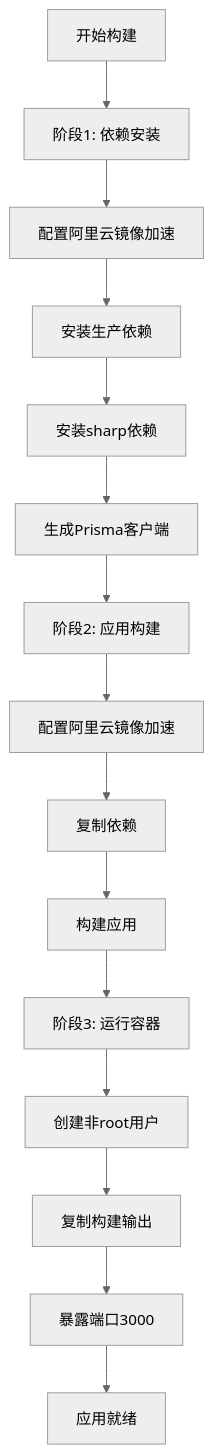
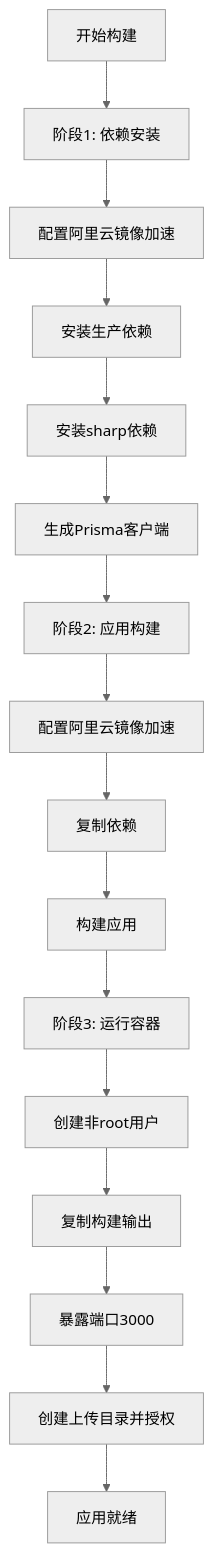
Before and after one commit to three3638-arch/celestia_2b: the sixth of 8 diagrams in .qoder/repowiki/zh/content/部署配置/Docker容器化部署.md, drawn with Mermaid (neutral theme). The commit also changed other lines of this file and 14 other files, not shown here.

````diff
--- a/.qoder/repowiki/zh/content/部署配置/Docker容器化部署.md
+++ b/.qoder/repowiki/zh/content/部署配置/Docker容器化部署.md
@@ -297,17 +301,18 @@
 ```mermaid
 flowchart TD
 START[开始构建] --> DEPS_STAGE[阶段1: 依赖安装]
 DEPS_STAGE --> ALIYUN_DEPS[配置阿里云镜像加速]
 ALIYUN_DEPS --> INSTALL_DEPS[安装生产依赖]
 INSTALL_DEPS --> SHARP[安装sharp依赖]
 SHARP --> PRISMA_GEN[生成Prisma客户端]
 PRISMA_GEN --> BUILDER_STAGE[阶段2: 应用构建]
 BUILDER_STAGE --> ALIYUN_BUILD[配置阿里云镜像加速]
 ALIYUN_BUILD --> COPY_DEPS[复制依赖]
 COPY_DEPS --> BUILD_APP[构建应用]
 BUILD_APP --> RUNNER_STAGE[阶段3: 运行容器]
 RUNNER_STAGE --> NON_ROOT[创建非root用户]
 NON_ROOT --> COPY_OUTPUT[复制构建输出]
 COPY_OUTPUT --> EXPOSE_PORT[暴露端口3000]
-EXPOSE_PORT --> READY[应用就绪]
+EXPOSE_PORT --> UPLOAD_DIR[创建上传目录并授权]
+UPLOAD_DIR --> READY[应用就绪]
 ```
````
